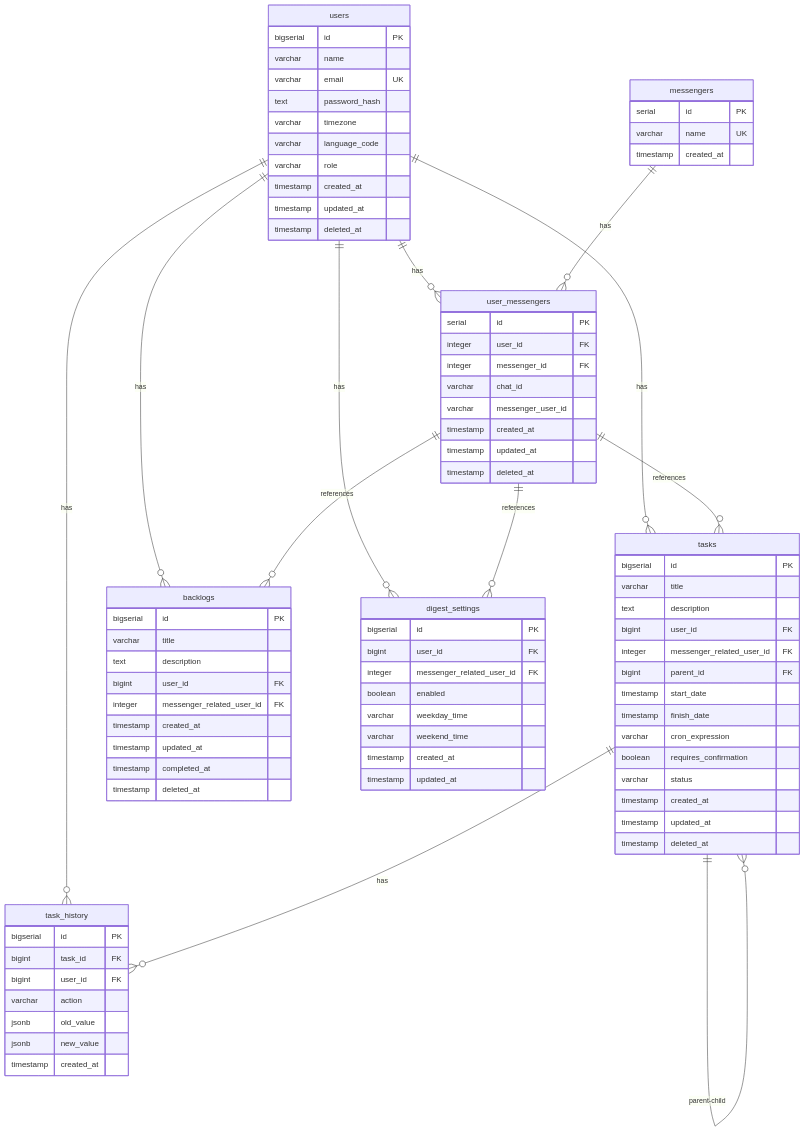
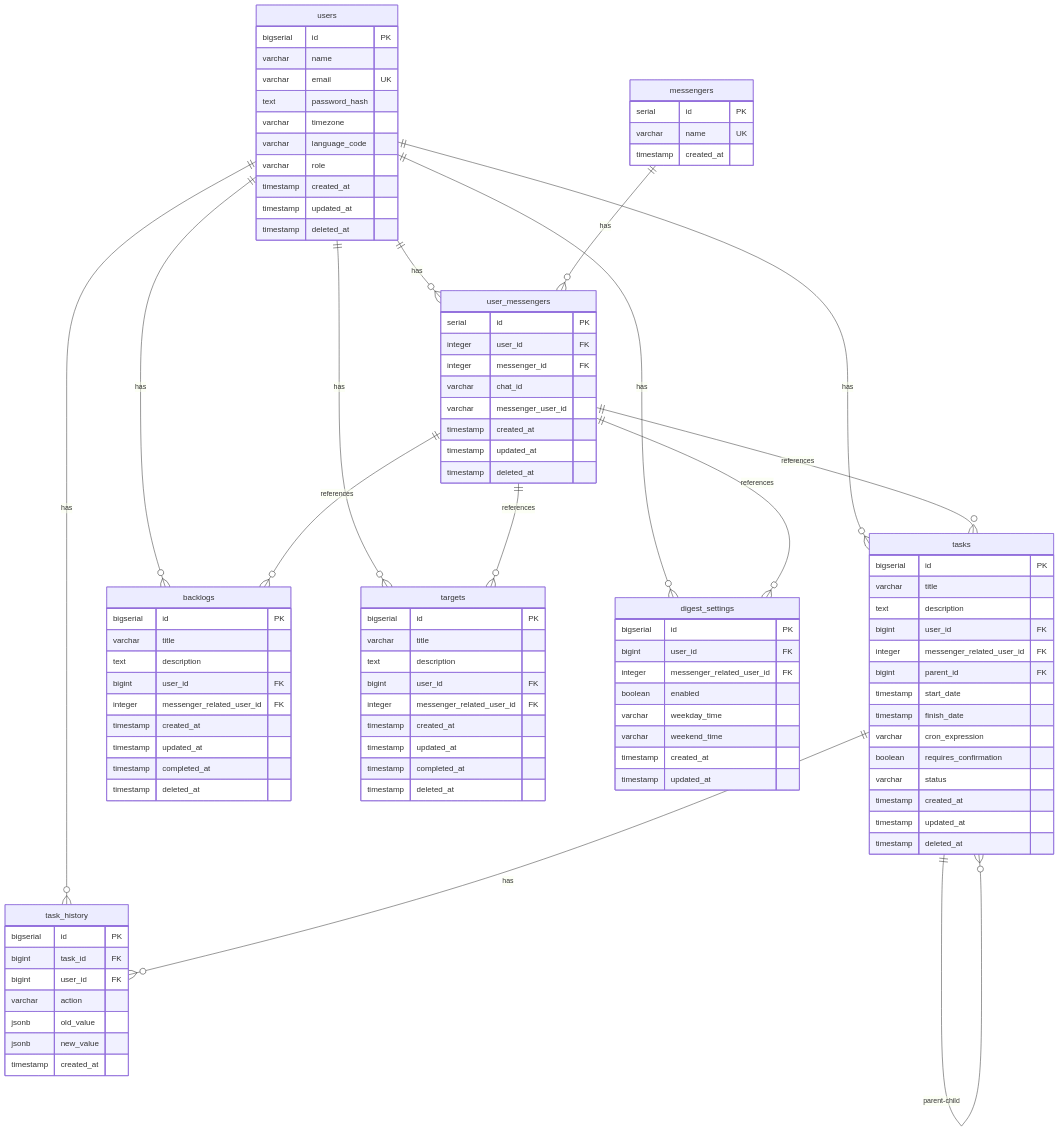
Before and after one commit to boskuv/goreminder: the diagram in README.md, drawn with Mermaid. The commit also changed other lines of this file and 1 other file, not shown here.

```diff
--- a/README.md
+++ b/README.md
@@ -94,6 +97,7 @@
     users ||--o{ tasks : "has"
     users ||--o{ user_messengers : "has"
     users ||--o{ backlogs : "has"
+    users ||--o{ targets : "has"
     users ||--o{ digest_settings : "has"
     users ||--o{ task_history : "has"
     
@@ -101,6 +105,7 @@
     
     user_messengers ||--o{ tasks : "references"
     user_messengers ||--o{ backlogs : "references"
+    user_messengers ||--o{ targets : "references"
     user_messengers ||--o{ digest_settings : "references"
     
     tasks ||--o{ tasks : "parent-child"
@@ -165,6 +170,18 @@
         timestamp deleted_at
     }
     
+    targets {
+        bigserial id PK
+        varchar title
+        text description
+        bigint user_id FK
+        integer messenger_related_user_id FK
+        timestamp created_at
+        timestamp updated_at
+        timestamp completed_at
+        timestamp deleted_at
+    }
+    
     digest_settings {
         bigserial id PK
         bigint user_id FK
```
